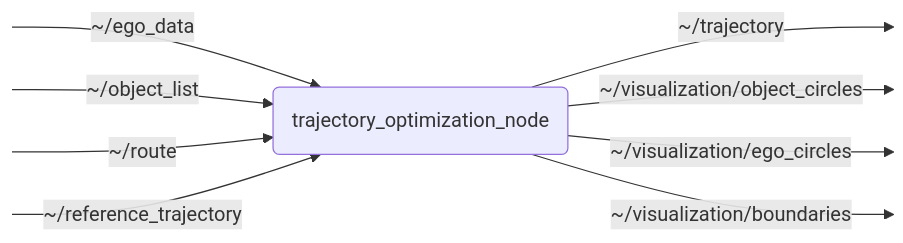
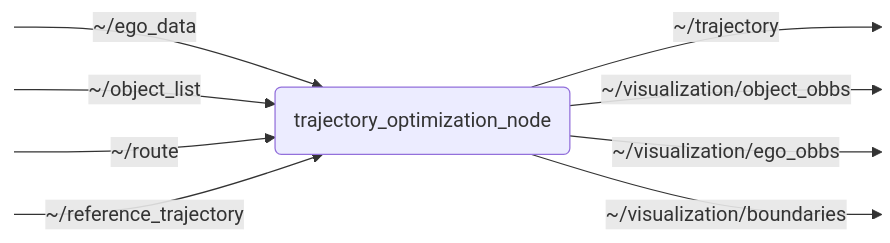
The diagram in trajectory_optimization/README.md (openads-project/trajectory_optimization), drawn with Mermaid before and after one commit. The commit also changed other lines of this file and 37 other files, not shown here.

````diff
--- a/trajectory_optimization/README.md
+++ b/trajectory_optimization/README.md
@@ -9,13 +9,13 @@
 ```mermaid
 flowchart LR
     NODE("trajectory_optimization_node")
     S0:::hidden -->|~/ego_data| NODE
     S1:::hidden -->|~/object_list| NODE
     S2:::hidden -->|~/route| NODE
     S3:::hidden -->|~/reference_trajectory| NODE
     NODE -->|~/trajectory| P0:::hidden
-    NODE -->|~/visualization/object_circles| P1:::hidden
-    NODE -->|~/visualization/ego_circles| P2:::hidden
+    NODE -->|~/visualization/object_obbs| P1:::hidden
+    NODE -->|~/visualization/ego_obbs| P2:::hidden
     NODE -->|~/visualization/boundaries| P3:::hidden
     classDef hidden display: none;
 ```
````
